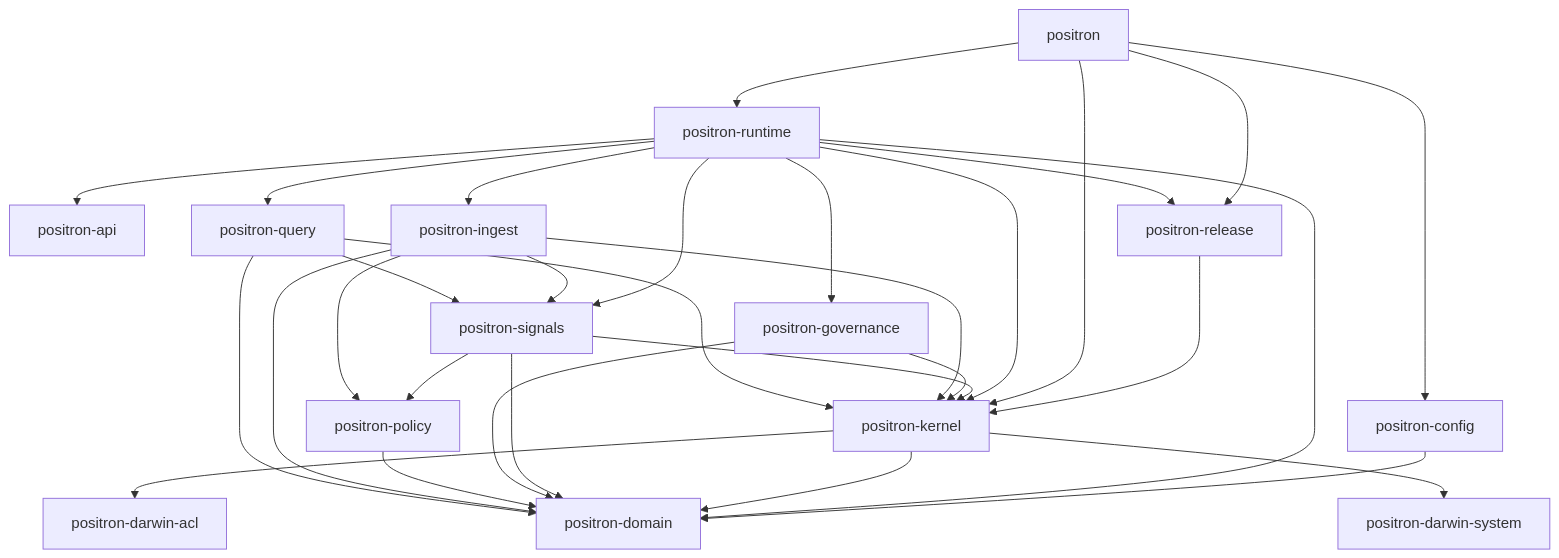
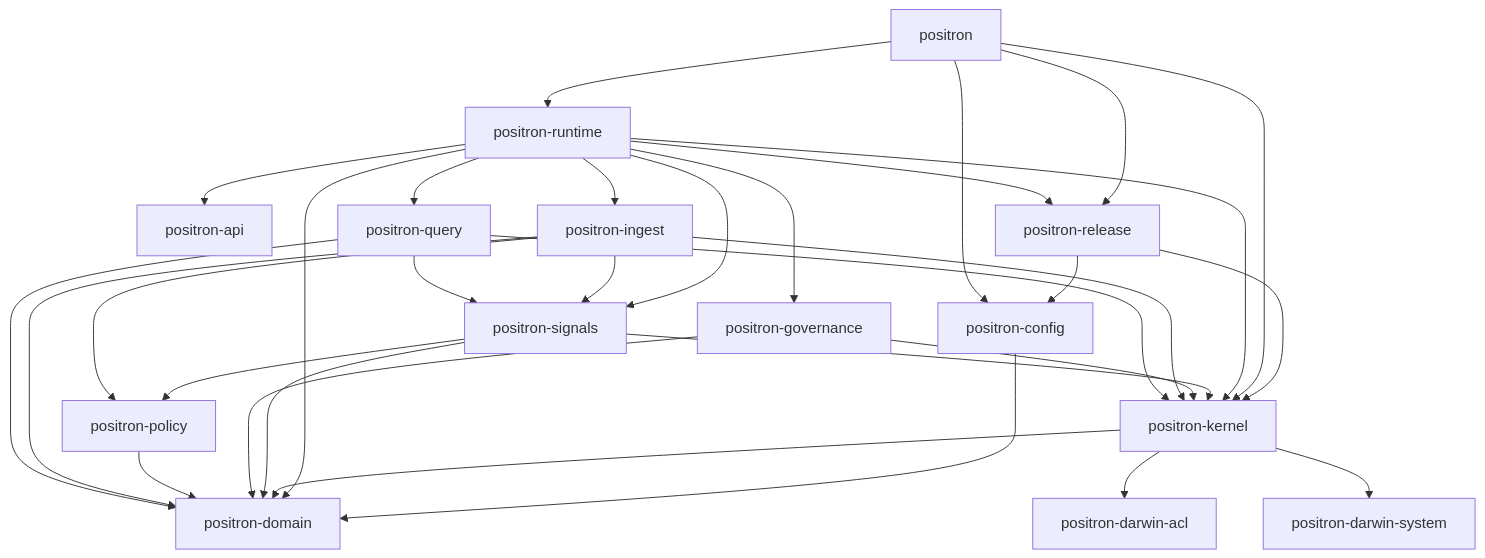
The fifth of 5 diagrams in docs/application-design.md (vicotrbb/positron), drawn with Mermaid before and after one commit. The commit also changed 68 other files, not shown here.

Commit message:
Ship reproducible native archives and bounded Log query install flow

````diff
--- a/docs/application-design.md
+++ b/docs/application-design.md
@@ -1486,50 +1486,51 @@
 ```mermaid
 flowchart TD
     app["positron"]
     domain["positron-domain"]
     api["positron-api"]
     config["positron-config"]
     runtime["positron-runtime"]
     kernel["positron-kernel"]
     release["positron-release"]
     darwin_acl["positron-darwin-acl"]
     darwin_system["positron-darwin-system"]
     signals["positron-signals"]
     governance["positron-governance"]
     policy["positron-policy"]
     ingest["positron-ingest"]
     query["positron-query"]
 
     app --> release
+    release --> config
     release --> kernel
     runtime --> release
     app --> runtime
     app --> config
     app --> kernel
 
     config --> domain
 
     runtime --> api
     runtime --> domain
     runtime --> governance
     runtime --> ingest
     runtime --> kernel
     runtime --> query
     runtime --> signals
     kernel --> domain
     kernel --> darwin_acl
     kernel --> darwin_system
     signals --> kernel
     signals --> domain
     signals --> policy
     governance --> kernel
     governance --> domain
     policy --> domain
     ingest --> policy
     ingest --> signals
     ingest --> kernel
     ingest --> domain
     query --> signals
     query --> kernel
     query --> domain
 ```
````
